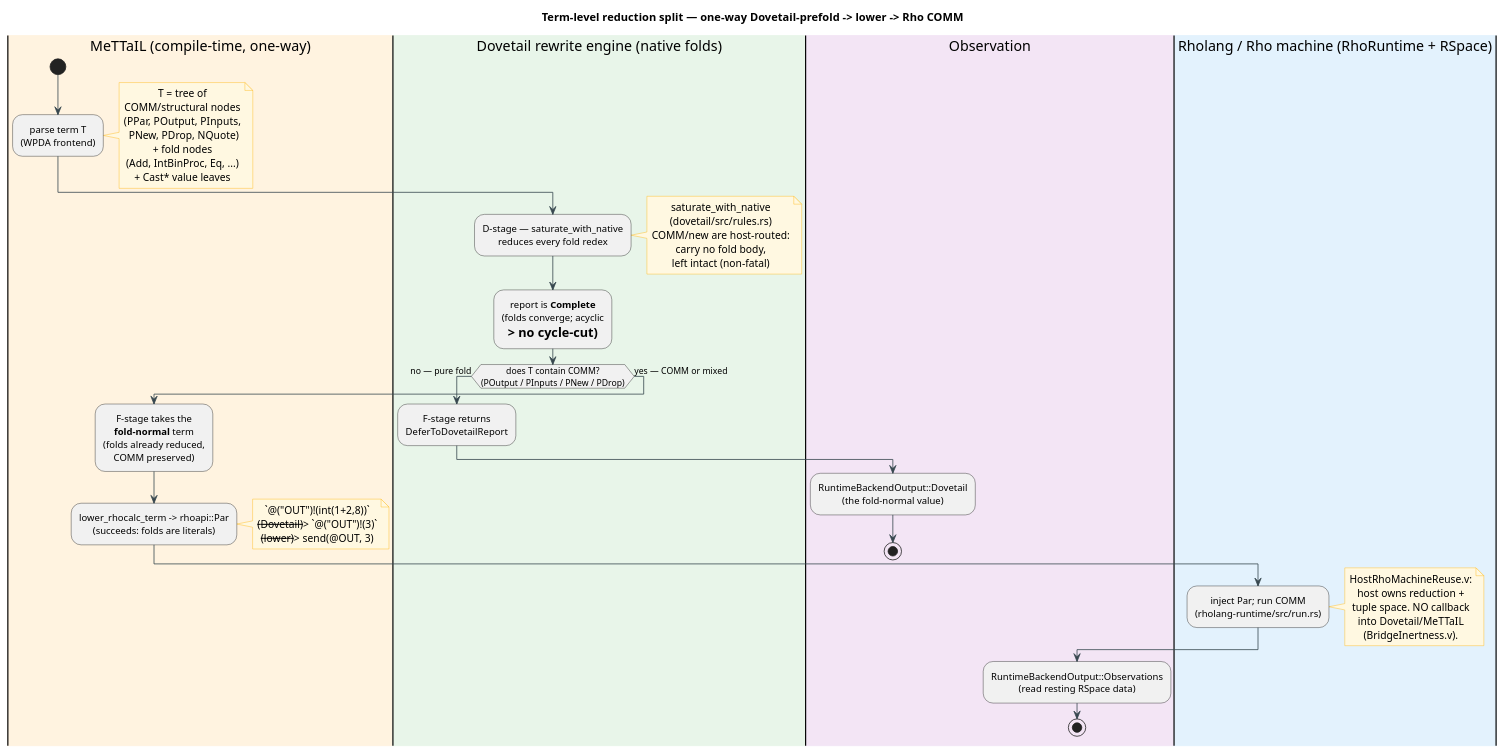
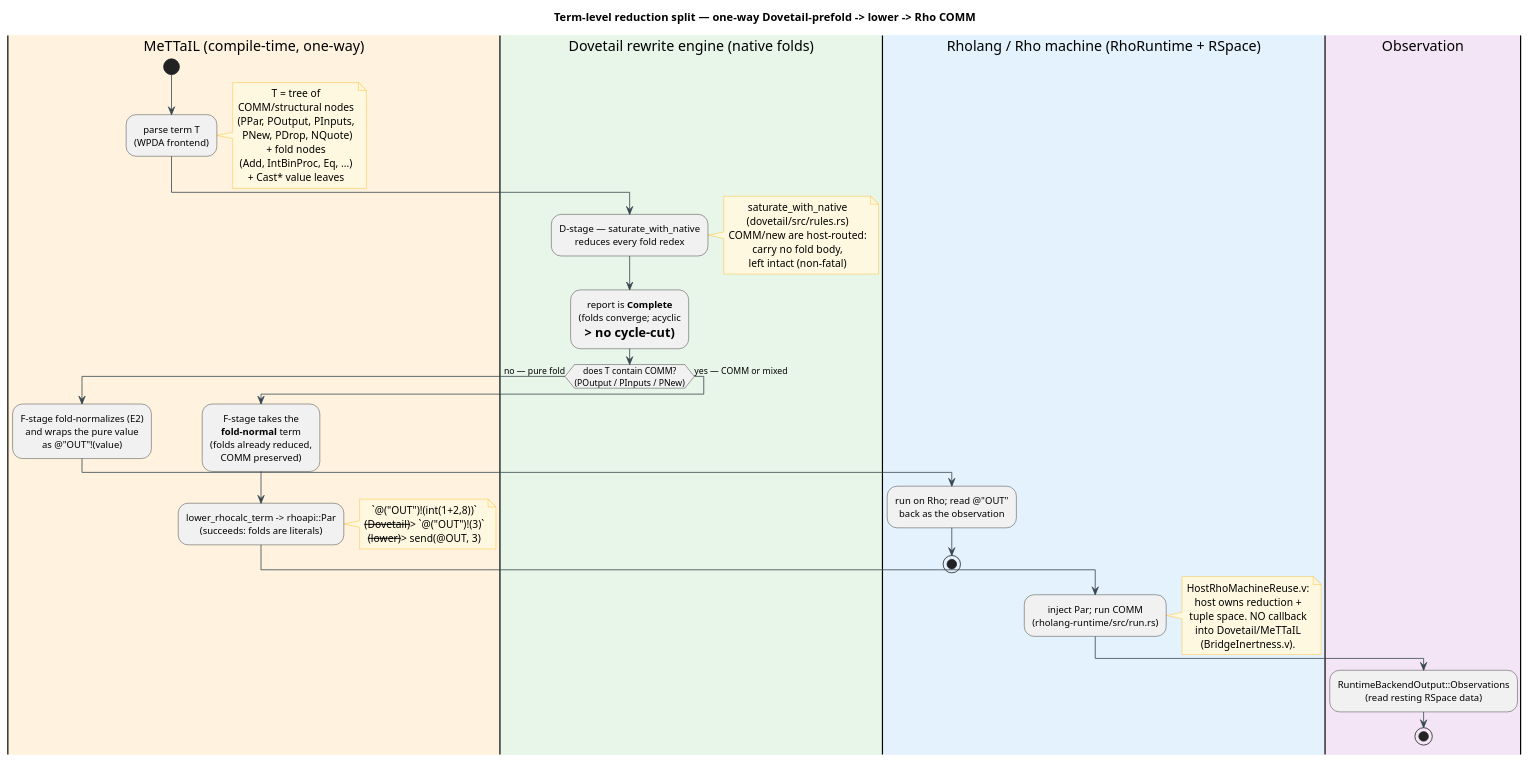
The diagram in docs/architecture/rho-native-integration/figures/09-term-level-reduction-split.puml (F1R3FLY-io/mettail-rust), drawn with PlantUML before and after one commit. The commit also changed 6 other files, not shown here.

```diff
--- a/docs/architecture/rho-native-integration/figures/09-term-level-reduction-split.puml
+++ b/docs/architecture/rho-native-integration/figures/09-term-level-reduction-split.puml
@@ -1,78 +1,79 @@
 @startuml
 ' Term-level reduction split: how ONE term is reduced across the Dovetail
 ' rewrite engine (native folds) and the Rholang/Rho machine (COMM), under a
 ' strictly one-way bridge. Colors: Dovetail = green, Rho/host = blue,
 ' MeTTaIL compile glue = amber, observation = purple.
 title Term-level reduction split — one-way Dovetail-prefold -> lower -> Rho COMM
 
 skinparam shadowing false
 skinparam defaultTextAlignment center
 skinparam ArrowColor #37474F
 skinparam NoteBackgroundColor #FFF8E1
 skinparam NoteBorderColor #FFB300
 
 |#FFF3E0|MeTTaIL (compile-time, one-way)|
 start
 :parse term T
 (WPDA frontend);
 note right
   T = tree of
   COMM/structural nodes
   (PPar, POutput, PInputs,
    PNew, PDrop, NQuote)
   + fold nodes
   (Add, IntBinProc, Eq, ...)
   + Cast* value leaves
 end note
 
 |#E8F5E9|Dovetail rewrite engine (native folds)|
 :D-stage — saturate_with_native
 reduces every fold redex;
 note right
   saturate_with_native
   (dovetail/src/rules.rs)
   COMM/new are host-routed:
   carry no fold body,
   left intact (non-fatal)
 end note
 :report is **Complete**
 (folds converge; acyclic
 => no cycle-cut);
 
-if (does T contain COMM?\n(POutput / PInputs / PNew / PDrop)) then (no — pure fold)
-  |#E8F5E9|Dovetail rewrite engine (native folds)|
-  :F-stage returns
-  DeferToDovetailReport;
-  |#F3E5F5|Observation|
-  :RuntimeBackendOutput::Dovetail
-  (the fold-normal value);
+if (does T contain COMM?\n(POutput / PInputs / PNew)) then (no — pure fold)
+  |#FFF3E0|MeTTaIL (compile-time, one-way)|
+  :F-stage fold-normalizes (E2)
+  and wraps the pure value
+  as @"OUT"!(value);
+  |#E3F2FD|Rholang / Rho machine (RhoRuntime + RSpace)|
+  :run on Rho; read @"OUT"
+  back as the observation;
   stop
 else (yes — COMM or mixed)
   |#FFF3E0|MeTTaIL (compile-time, one-way)|
   :F-stage takes the
   **fold-normal** term
   (folds already reduced,
   COMM preserved);
   :lower_rhocalc_term -> rhoapi::Par
   (succeeds: folds are literals);
   note right
     `@("OUT")!(int(1+2,8))`
     --(Dovetail)--> `@("OUT")!(3)`
     --(lower)--> send(@OUT, 3)
   end note
   |#E3F2FD|Rholang / Rho machine (RhoRuntime + RSpace)|
   :inject Par; run COMM
   (rholang-runtime/src/run.rs);
   note right
     HostRhoMachineReuse.v:
     host owns reduction +
     tuple space. NO callback
     into Dovetail/MeTTaIL
     (BridgeInertness.v).
   end note
   |#F3E5F5|Observation|
   :RuntimeBackendOutput::Observations
   (read resting RSpace data);
   stop
 endif
 @enduml
```
